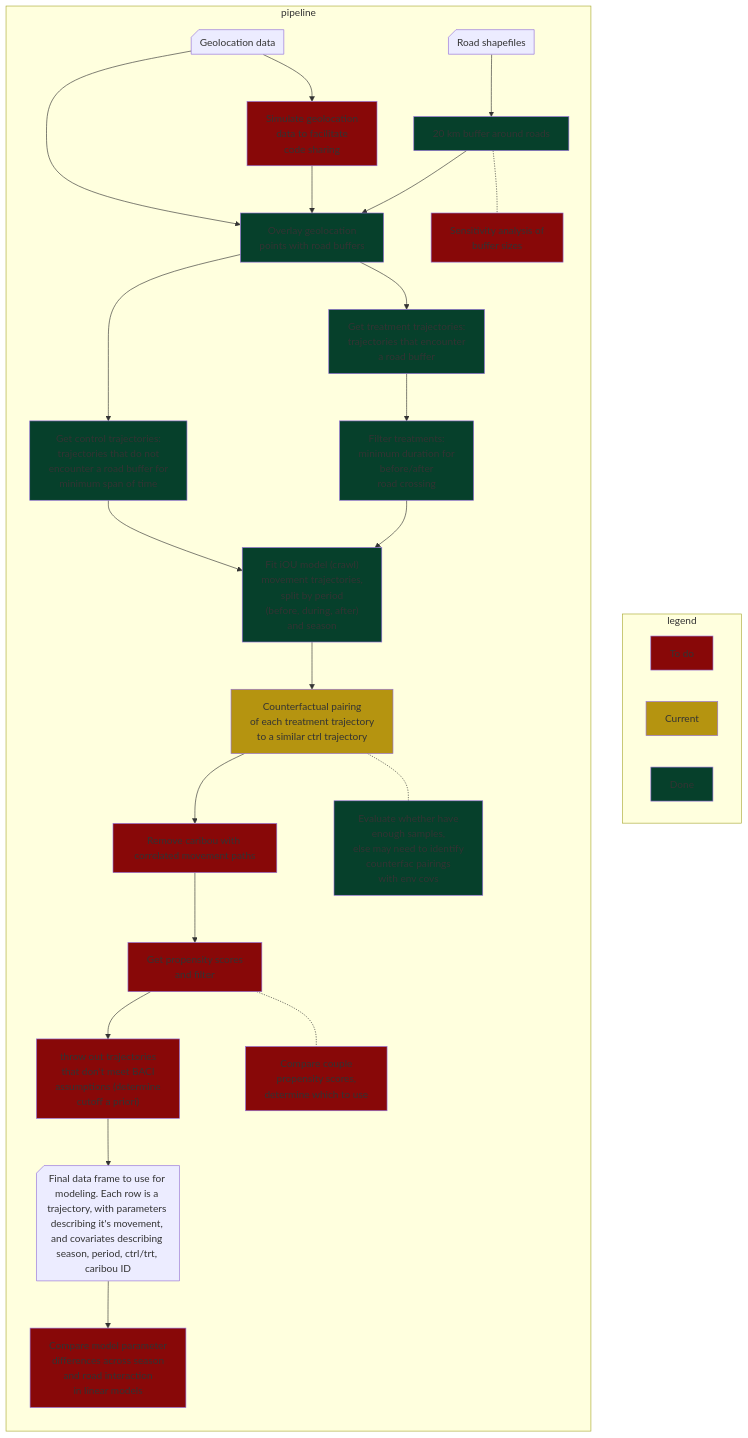
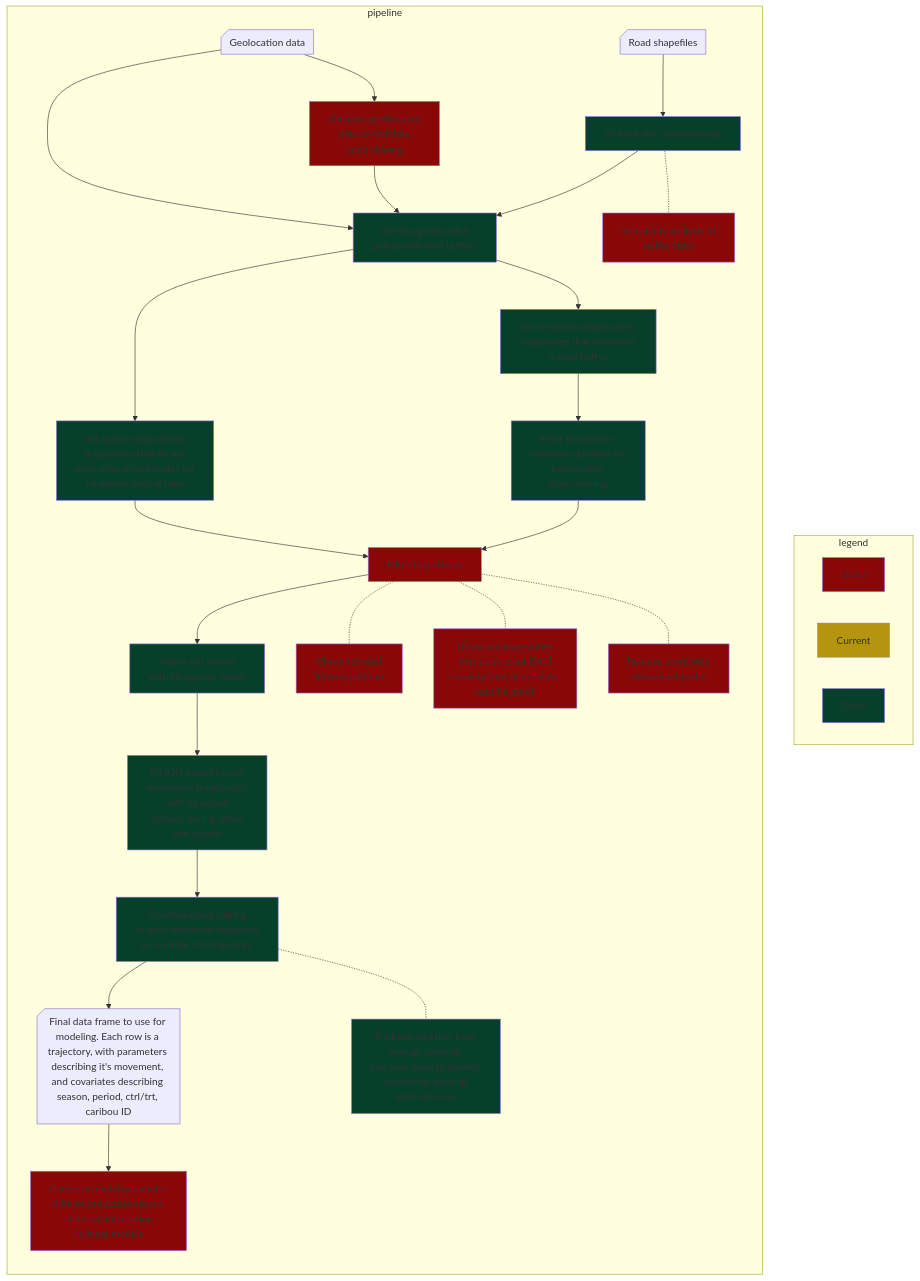
One commit to kchalkowski/MvBACI changed the diagram in Documents/mvBACIpipeline.mmd. Above: the diagram before and after it, drawn with Mermaid. The commit also changed 9 other files, not shown here.

Commit message:
added Hungarian solver method to match control and treatments

```diff
--- a/Documents/mvBACIpipeline.mmd
+++ b/Documents/mvBACIpipeline.mmd
@@ -1,65 +1,67 @@
 ---
 config:
   flowchart:
     htmlLabels: false
 ---
 
 
 flowchart TB
 subgraph legend
 	direction LR
     todo["`To do`"]:::todo
     current["`Current`"]:::current
     done["`Done`"]:::done
 	end
 	subgraph pipeline
 	direction TB
 		geolocdat["`Geolocation data`"]
 		roaddat["`Road shapefiles`"]
 		roadbuff["`20 km buffer around roads`"]
 		overlay["`Overlay geolocation <br> points with road buffers`"]
 		procdata["`Get treatment trajectories: <br> trajectories that encounter <br> a road buffer`"]
 		procdatact["`Get control trajectories: <br> trajectories that do not <br> encounter a road buffer for <br> minimum span of time`"]
 		filterdata["`Filter treatments: <br> minimum duration for <br> before/after <br> road crossing`"]
     OUmod["`Fit iOU model (crawl) <br> movement trajectories, <br> split by period <br> (before, during, after) <br> and season`"]
     counterfac["`Counterfactual pairing <br> of each treatment trajectory <br> to a similar ctrl trajectory`"]
-    countfacdist["`Get propensity scores <br>and filter`"]
     BACIfilter["`throw out trajectories <br> that don't meet BACI <br> assumptions (determine <br> cutoff a priori)`"]
     Linearmodels["`Compare model parameter <br> differences across season <br> and road interaction <br> in linear models`"]
 		buffersens["`Sensitivity analysis of <br> buffer sizes`"]
 		countfacsample["`Evaluate whether have <br>enough samples,<br> else may need to identify<br> counterfac pairings <br>with env covs`"]		
-    propscore["`Compare couple<br> propensity scores,<br> determine which to use`"]
     simdata["`Simulate geolocation <br> data to facilitate <br>code sharing`"]
-    corrfilter["`Remove caribou with correlated movement paths`"]
+    corrfilter["`Remove correlated <br>movement paths`"]
     analys["`Final data frame to use for modeling. Each row is a trajectory, with parameters describing it's movement, and covariates describing season, period, ctrl/trt, caribou ID`"]
+    filterpairs["`Filter trajectories`"]
+    Hungarian["`Match ctrl and trt<br> with Hungarian solver`"]
+    checkpseudo["`Check for road <br>intxn repetition`"]
     
     geolocdat@{ shape: notch-rect }
     roaddat@{ shape: notch-rect }
     analys@{ shape: notch-rect }
     
     roadbuff-.-buffersens:::todo
     counterfac-.-countfacsample:::done
-    countfacdist-.-propscore:::todo
-    
+    filterpairs-.-corrfilter:::todo
+    filterpairs-.-BACIfilter:::todo
+    filterpairs-.-checkpseudo:::todo
+
     geolocdat--> simdata:::todo
     simdata --> overlay    
     roaddat --> roadbuff:::done
 		roadbuff --> overlay:::done
 		geolocdat --> overlay
     overlay --> procdata:::done
     overlay --> procdatact:::done
     procdata --> filterdata:::done
-    filterdata --> OUmod:::done
-    procdatact --> OUmod
-    OUmod --> counterfac:::current
-    counterfac --> corrfilter:::todo
-    corrfilter --> countfacdist:::todo
-    countfacdist --> BACIfilter:::todo
-    BACIfilter --> analys
+    procdatact --> filterpairs:::todo
+    filterdata --> filterpairs
+    filterpairs --> Hungarian:::done
+    Hungarian --> OUmod:::done
+    OUmod --> counterfac:::done
+    counterfac --> analys
     analys --> Linearmodels:::todo
     
     end
     
     classDef todo fill:#880808
     classDef current fill:#B59410
     classDef done fill:#06402B
```
